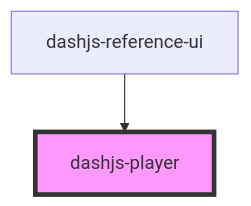
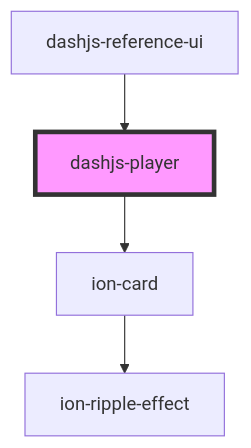
One commit to AWTPJ2021/dash-reference-ui changed the diagram in src/components/dashjs-player/readme.md. Above: the diagram before and after it, drawn with Mermaid. The commit also changed other lines of this file and 15 other files, not shown here.

````diff
--- a/src/components/dashjs-player/readme.md
+++ b/src/components/dashjs-player/readme.md
@@ -15,5 +27,7 @@
 ```mermaid
 graph TD;
+  dashjs-player --> ion-card
+  ion-card --> ion-ripple-effect
   dashjs-reference-ui --> dashjs-player
   style dashjs-player fill:#f9f,stroke:#333,stroke-width:4px
 ```
````
